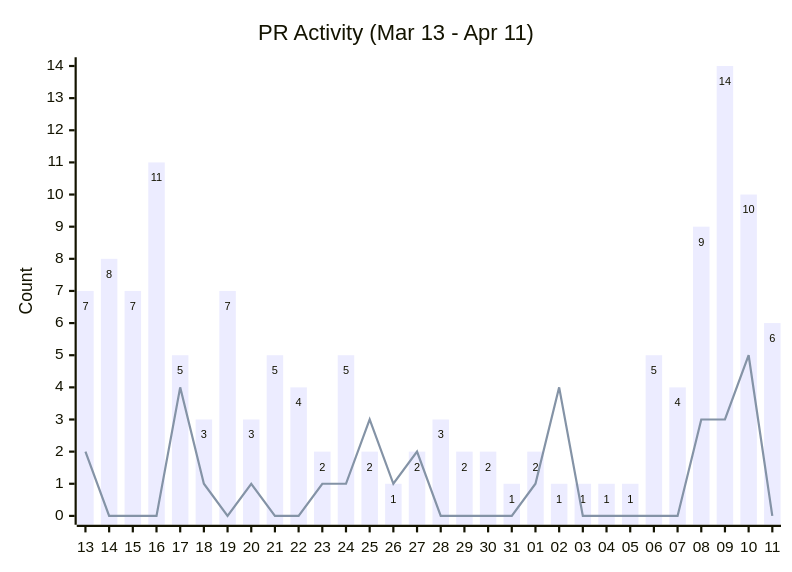
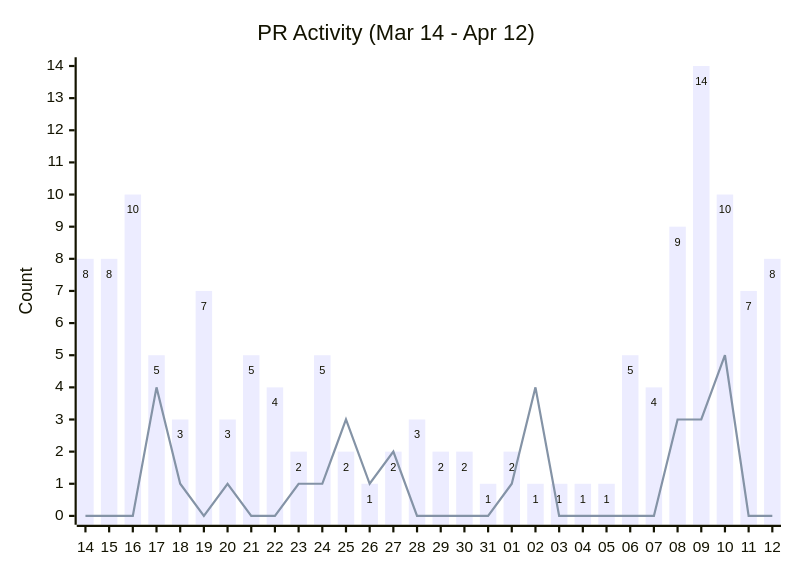
The second of 7 diagrams in triage/CONTRIBUTION_METRICS.md (cocosheng-g/gemini-cli), drawn with Mermaid before and after one commit. The commit also changed other lines of this file, not shown here.

````diff
--- a/triage/CONTRIBUTION_METRICS.md
+++ b/triage/CONTRIBUTION_METRICS.md
@@ -28,13 +28,13 @@
 ```mermaid
 ---
 config:
   xyChart:
     showDataLabel: true
 ---
 xychart-beta
-    title "PR Activity (Mar 13 - Apr 11)"
-    x-axis ["13", "14​", "15​​", "16​​​", "17​​​​", "18​​​​​", "19​​​​​​", "20​​​​​​​", "21​​​​​​​​", "22​​​​​​​​​", "23​​​​​​​​​​", "24​​​​​​​​​​​", "25​​​​​​​​​​​​", "26​​​​​​​​​​​​​", "27​​​​​​​​​​​​​​", "28​​​​​​​​​​​​​​​", "29​​​​​​​​​​​​​​​​", "30​​​​​​​​​​​​​​​​​", "31​​​​​​​​​​​​​​​​​​", "01​​​​​​​​​​​​​​​​​​​", "02​​​​​​​​​​​​​​​​​​​​", "03​​​​​​​​​​​​​​​​​​​​​", "04​​​​​​​​​​​​​​​​​​​​​​", "05​​​​​​​​​​​​​​​​​​​​​​​", "06​​​​​​​​​​​​​​​​​​​​​​​​", "07​​​​​​​​​​​​​​​​​​​​​​​​​", "08​​​​​​​​​​​​​​​​​​​​​​​​​​", "09​​​​​​​​​​​​​​​​​​​​​​​​​​​", "10​​​​​​​​​​​​​​​​​​​​​​​​​​​​", "11​​​​​​​​​​​​​​​​​​​​​​​​​​​​​"]
+    title "PR Activity (Mar 14 - Apr 12)"
+    x-axis ["14", "15​", "16​​", "17​​​", "18​​​​", "19​​​​​", "20​​​​​​", "21​​​​​​​", "22​​​​​​​​", "23​​​​​​​​​", "24​​​​​​​​​​", "25​​​​​​​​​​​", "26​​​​​​​​​​​​", "27​​​​​​​​​​​​​", "28​​​​​​​​​​​​​​", "29​​​​​​​​​​​​​​​", "30​​​​​​​​​​​​​​​​", "31​​​​​​​​​​​​​​​​​", "01​​​​​​​​​​​​​​​​​​", "02​​​​​​​​​​​​​​​​​​​", "03​​​​​​​​​​​​​​​​​​​​", "04​​​​​​​​​​​​​​​​​​​​​", "05​​​​​​​​​​​​​​​​​​​​​​", "06​​​​​​​​​​​​​​​​​​​​​​​", "07​​​​​​​​​​​​​​​​​​​​​​​​", "08​​​​​​​​​​​​​​​​​​​​​​​​​", "09​​​​​​​​​​​​​​​​​​​​​​​​​​", "10​​​​​​​​​​​​​​​​​​​​​​​​​​​", "11​​​​​​​​​​​​​​​​​​​​​​​​​​​​", "12​​​​​​​​​​​​​​​​​​​​​​​​​​​​​"]
     y-axis "Count"
-    bar [7, 8, 7, 11, 5, 3, 7, 3, 5, 4, 2, 5, 2, 1, 2, 3, 2, 2, 1, 2, 1, 1, 1, 1, 5, 4, 9, 14, 10, 6]
-    line [2, 0, 0, 0, 4, 1, 0, 1, 0, 0, 1, 1, 3, 1, 2, 0, 0, 0, 0, 1, 4, 0, 0, 0, 0, 0, 3, 3, 5, 0]
+    bar [8, 8, 10, 5, 3, 7, 3, 5, 4, 2, 5, 2, 1, 2, 3, 2, 2, 1, 2, 1, 1, 1, 1, 5, 4, 9, 14, 10, 7, 8]
+    line [0, 0, 0, 4, 1, 0, 1, 0, 0, 1, 1, 3, 1, 2, 0, 0, 0, 0, 1, 4, 0, 0, 0, 0, 0, 3, 3, 5, 0, 0]
 ```
````
